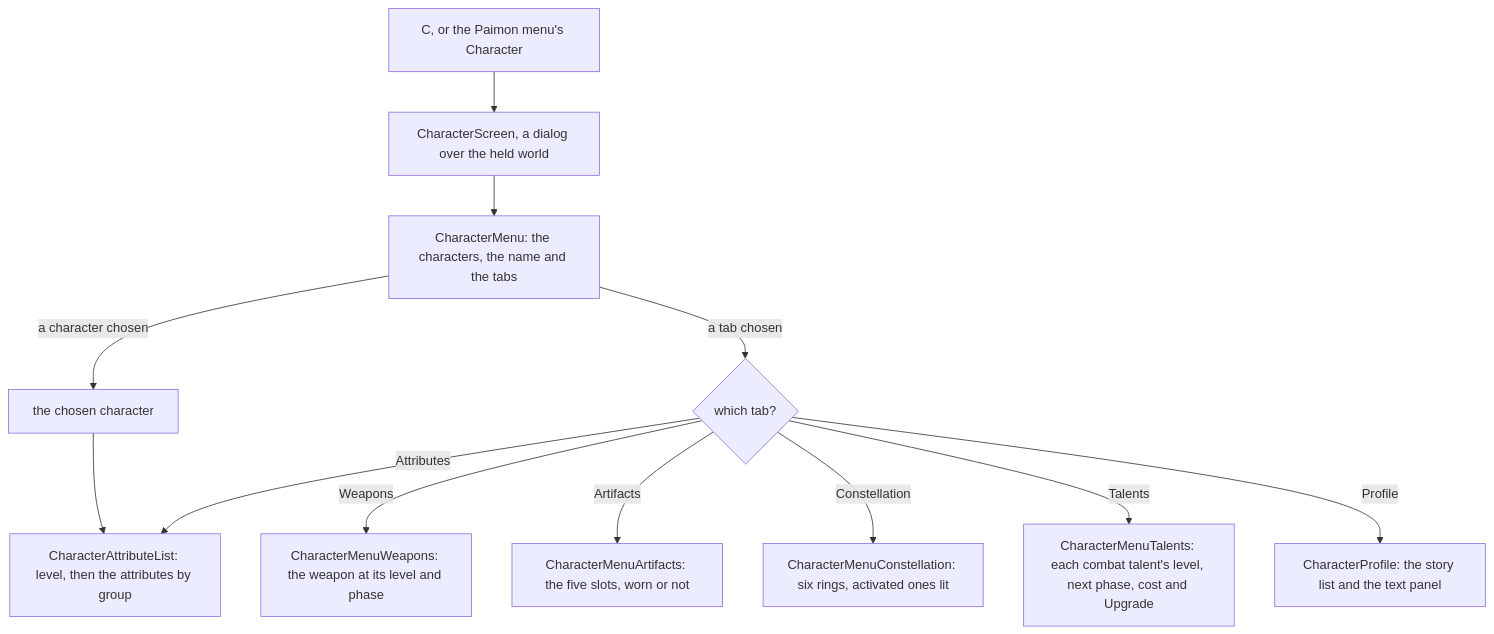
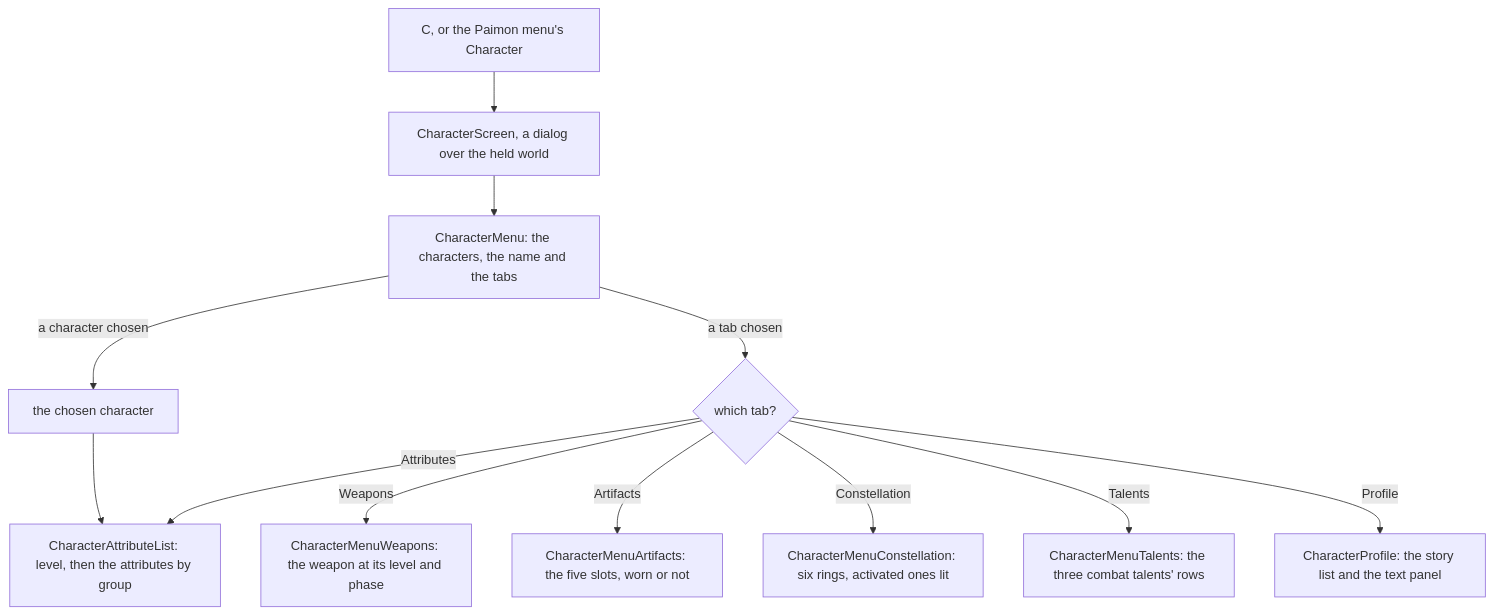
One commit to Esposter/Esposter changed the diagram in openspec/specs/genshin/character-screen/design.md. Above: the diagram before and after it, drawn with Mermaid. The commit also changed other lines of this file and 12 other files, not shown here.

````diff
--- a/openspec/specs/genshin/character-screen/design.md
+++ b/openspec/specs/genshin/character-screen/design.md
@@ -7,14 +7,14 @@
 ```mermaid
 flowchart TD
   C["C, or the Paimon menu's Character"] --> SCREEN["CharacterScreen, a dialog over the held world"]
   SCREEN --> MENU["CharacterMenu: the characters, the name and the tabs"]
   MENU -->|"a character chosen"| CHOSEN["the chosen character"]
   MENU -->|"a tab chosen"| TAB{"which tab?"}
   TAB -->|Attributes| LIST["CharacterAttributeList: level, then the attributes by group"]
   TAB -->|Weapons| WEAPONS["CharacterMenuWeapons: the weapon at its level and phase"]
   TAB -->|Artifacts| ARTIFACTS["CharacterMenuArtifacts: the five slots, worn or not"]
   TAB -->|Constellation| CONSTELLATIONS["CharacterMenuConstellation: six rings, activated ones lit"]
-  TAB -->|Talents| TALENTS["CharacterMenuTalents: each combat talent's level, next phase, cost and Upgrade"]
+  TAB -->|Talents| TALENTS["CharacterMenuTalents: the three combat talents' rows"]
   TAB -->|Profile| PROFILE["CharacterProfile: the story list and the text panel"]
   CHOSEN --> LIST
 ```
````
